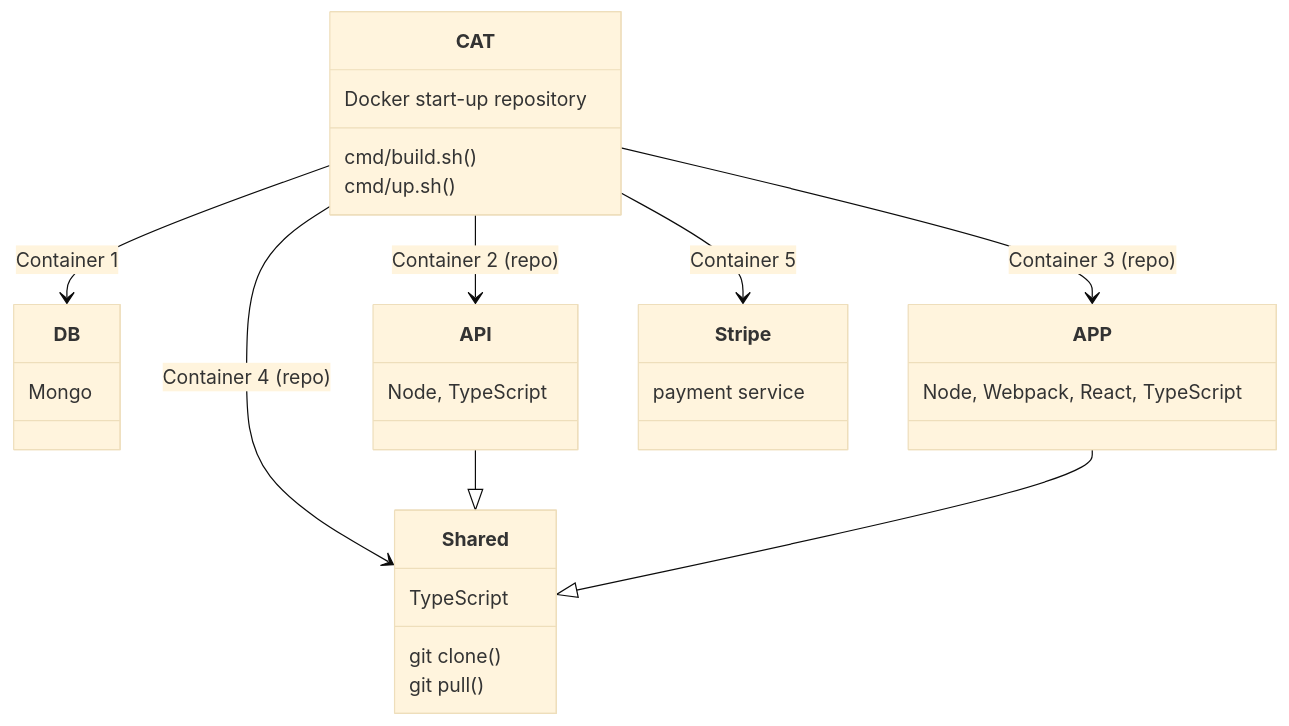
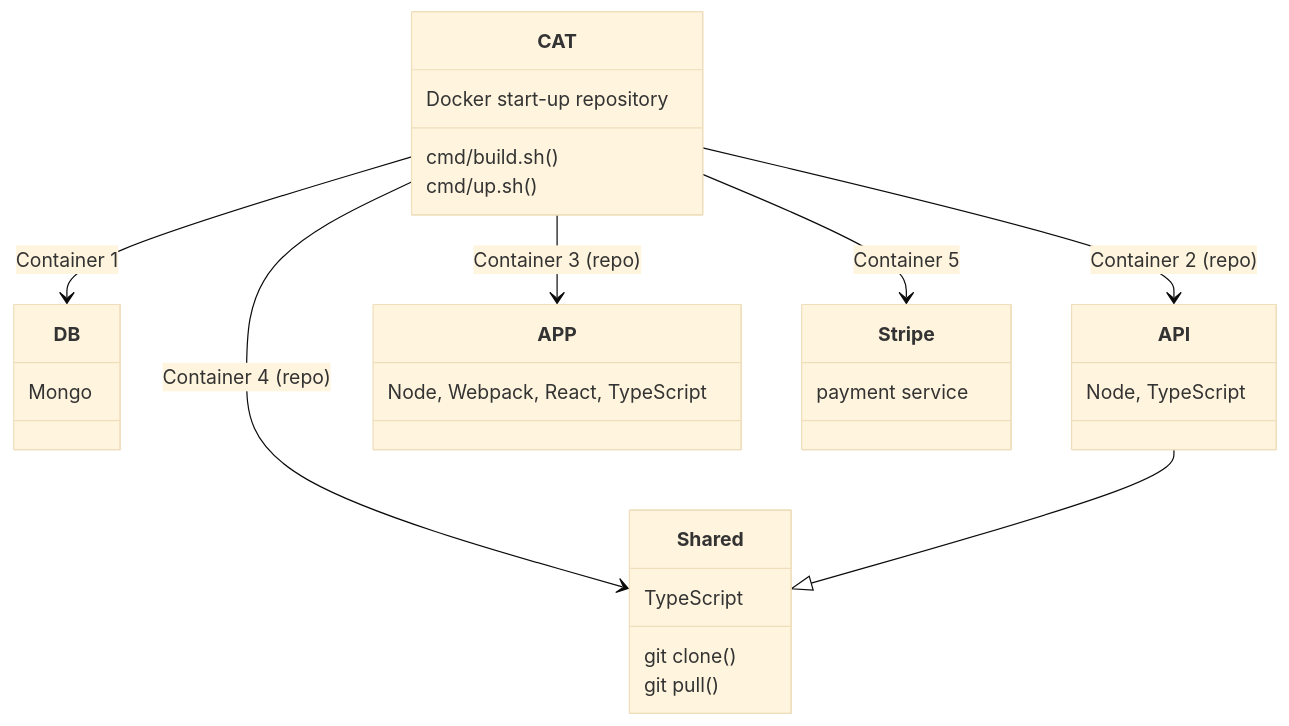
Before and after one commit to Karmello/cat-start: the diagram in README.md, drawn with Mermaid (base theme).

Commit message:
repo name change to cat

````diff
--- a/README.md
+++ b/README.md
@@ -8,20 +8,19 @@
 ```mermaid
 classDiagram
 CAT : Docker start-up repository
 CAT: cmd/build.sh()
 CAT: cmd/up.sh()
 DB: Mongo
 API: Node, TypeScript
 APP: Node, Webpack, React, TypeScript
 Shared: TypeScript
 Shared: git clone()
 Shared: git pull()
 Stripe: payment service
 CAT --> DB : Container 1
 CAT --> API : Container 2 (repo)
 CAT --> APP : Container 3 (repo)
 CAT --> Shared : Container 4 (repo)
+CAT --> Stripe : Container 5
 API --|> Shared
-APP --|> Shared
-CAT --> Stripe : Container 5
 ```
````
